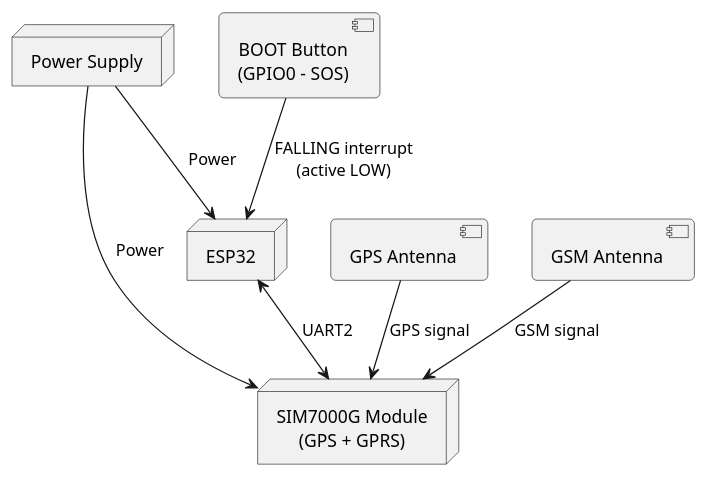
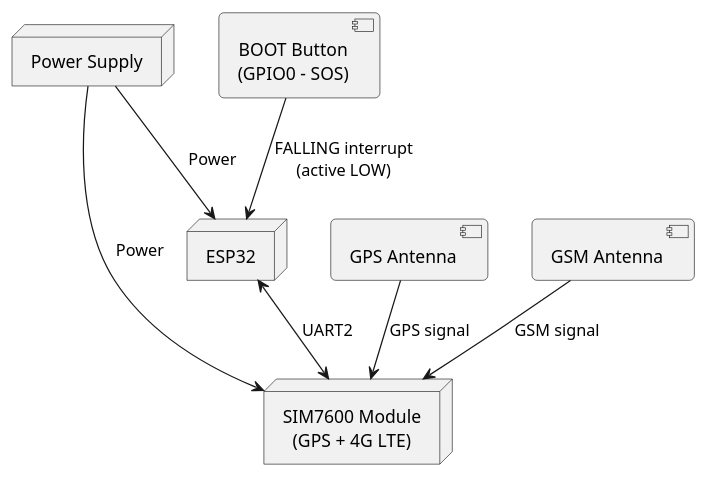
One commit to duongngdeptrai/DoAnTotNghiep_Working changed the diagram in diagrams/diagram_02_hardware.puml. Above: the diagram before and after it, drawn with PlantUML. The commit also changed 50 other files, not shown here.

```diff
--- a/diagrams/diagram_02_hardware.puml
+++ b/diagrams/diagram_02_hardware.puml
@@ -1,22 +1,22 @@
 @startuml
 skinparam defaultTextAlignment center
 skinparam maxMessageSize 150
 skinparam roundCorner 8
 skinparam backgroundColor white
 
 node "Power Supply" as battery
 node "ESP32" as esp32
-node "SIM7000G Module\n(GPS + GPRS)" as sim7000g
+node "SIM7600 Module\n(GPS + 4G LTE)" as sim7000g
 
 component "BOOT Button\n(GPIO0 - SOS)" as sos
 component "GPS Antenna" as ant_gps
 component "GSM Antenna" as ant_gsm
 
 battery --> esp32 : Power
 battery --> sim7000g : Power
 esp32 <--> sim7000g : UART2
 sos --> esp32 : FALLING interrupt\n(active LOW)
 ant_gps --> sim7000g : GPS signal
 ant_gsm --> sim7000g : GSM signal
 
 @enduml
```
